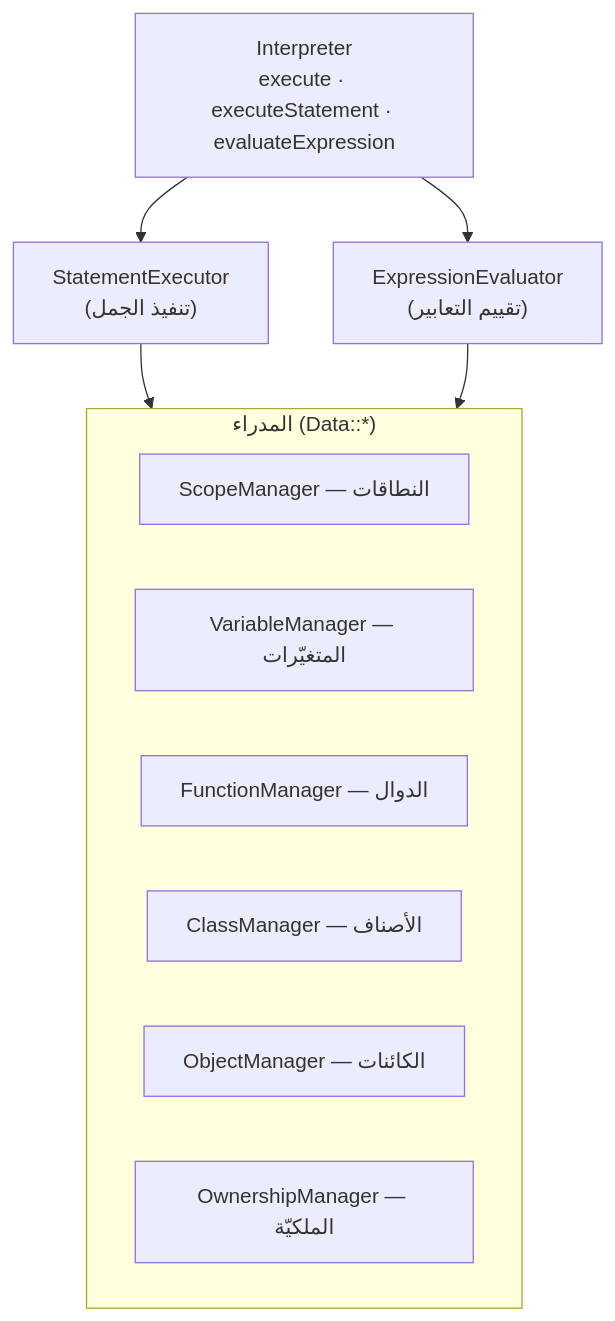
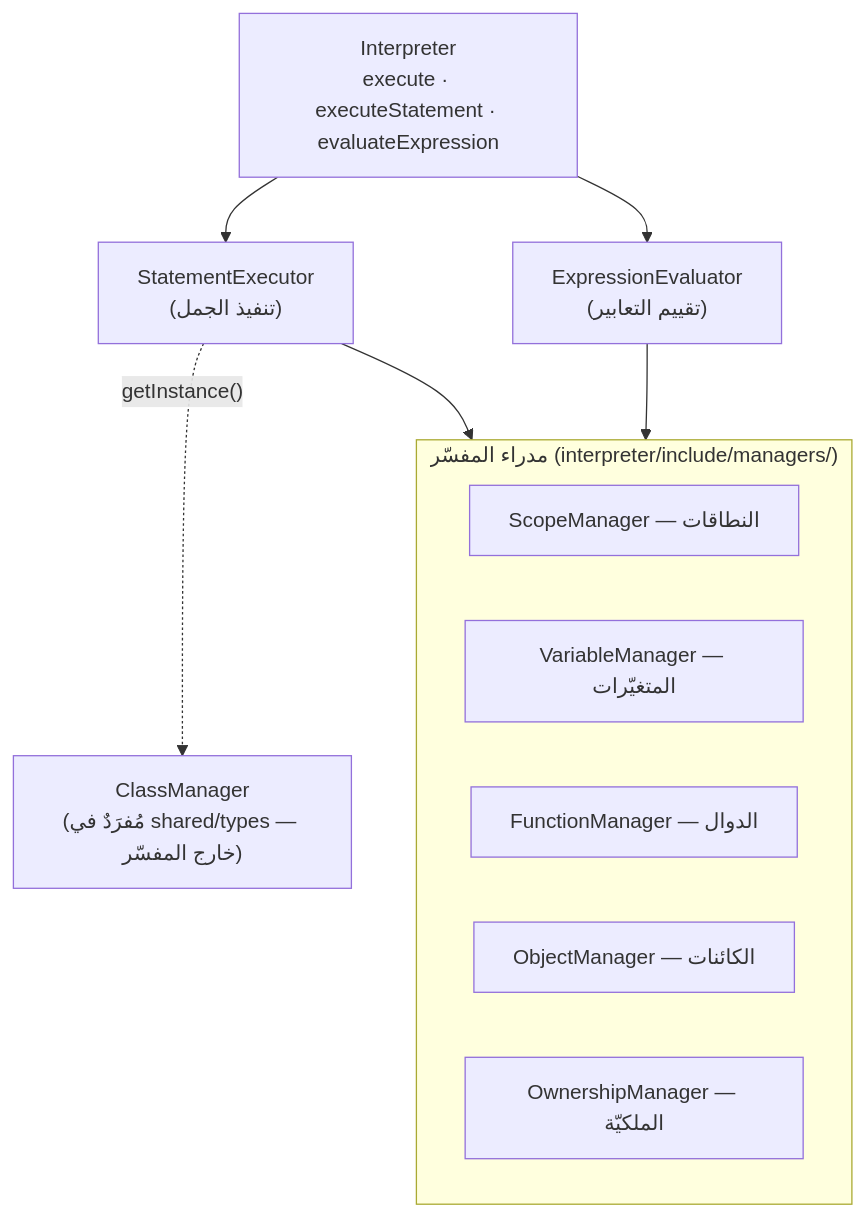
One commit to sadlang/dev-guide changed the second of 6 diagrams in src/backend/interpreter.md. Above: the diagram before and after it, drawn with Mermaid. The commit also changed other lines of this file and 22 other files, not shown here.

````diff
--- a/src/backend/interpreter.md
+++ b/src/backend/interpreter.md
@@ -29,16 +30,16 @@
 ```mermaid
 flowchart TB
   INT["Interpreter<br/>execute · executeStatement · evaluateExpression"]
   INT --> SE["StatementExecutor<br/>(تنفيذ الجمل)"]
   INT --> EE["ExpressionEvaluator<br/>(تقييم التعابير)"]
-  subgraph MGR["المدراء (Data::*)"]
+  subgraph MGR["مدراء المفسّر (interpreter/include/managers/)"]
     SM["ScopeManager — النطاقات"]
     VM["VariableManager — المتغيّرات"]
     FM["FunctionManager — الدوال"]
-    CM["ClassManager — الأصناف"]
     OM["ObjectManager — الكائنات"]
     OW["OwnershipManager — الملكيّة"]
   end
   SE --> MGR
   EE --> MGR
+  SE -.->|"getInstance()"| CM["ClassManager<br/>(مُفرَدٌ في shared/types — خارج المفسّر)"]
 ```
````
